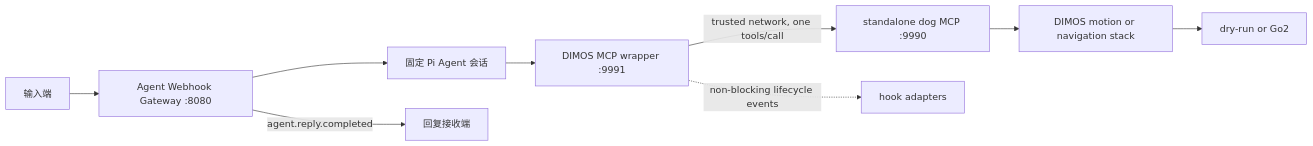
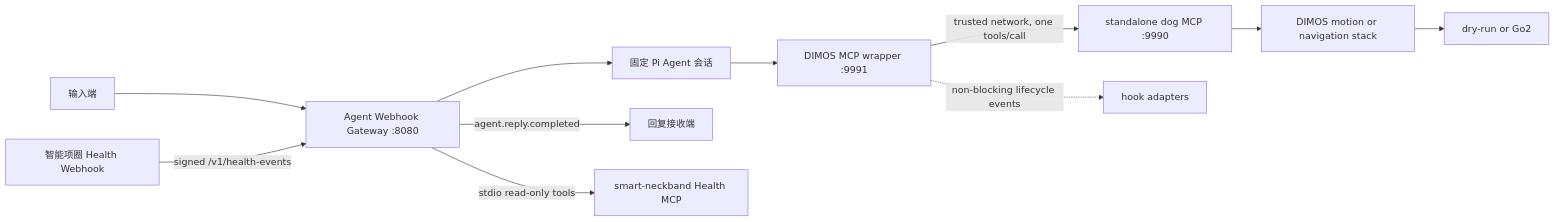
Before and after one commit to human-chocker-and-robot-dog/agent: the diagram in CONTEXT.md, drawn with Mermaid. The commit also changed other lines of this file and 17 other files, not shown here.

First line of the commit message:
feat(agent): add Health MCP v0.2 consumer with signed webhook

````diff
--- a/CONTEXT.md
+++ b/CONTEXT.md
@@ -36,11 +39,13 @@
 ```mermaid
 flowchart LR
     I[输入端] --> G[Agent Webhook Gateway :8080]
     G --> A[固定 Pi Agent 会话]
     A --> B[DIMOS MCP wrapper :9991]
     B -->|trusted network, one tools/call| C[standalone dog MCP :9990]
     C --> D[DIMOS motion or navigation stack]
     D --> E[dry-run or Go2]
     B -. non-blocking lifecycle events .-> F[hook adapters]
     G -->|agent.reply.completed| R[回复接收端]
+    H[智能项圈 Health Webhook] -->|signed /v1/health-events| G
+    G -->|stdio read-only tools| M[smart-neckband Health MCP]
 ```
````
